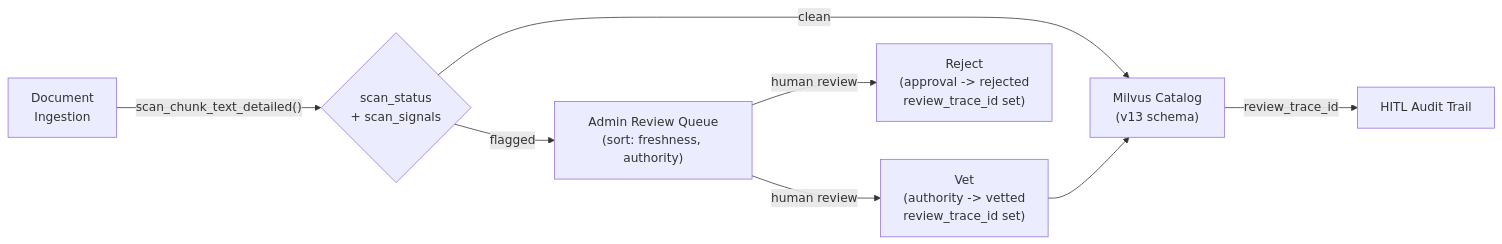
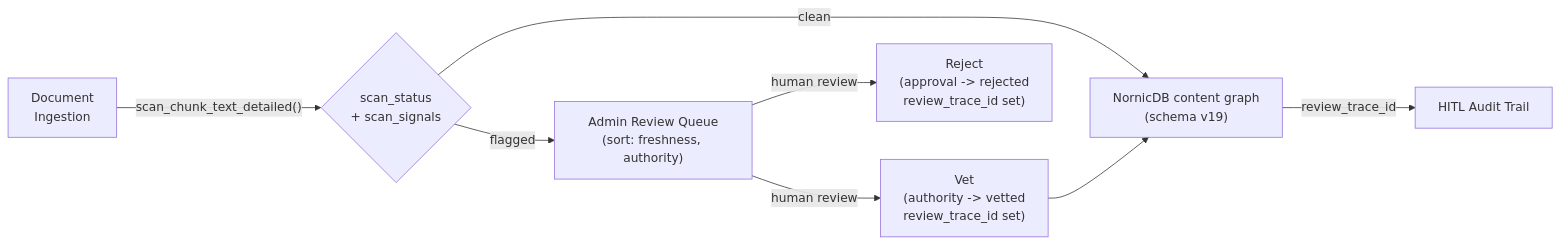
The second of 2 diagrams in docs/SECURITY.md (supernovae/synesis), drawn with Mermaid before and after one commit. The commit also changed other lines of this file and 78 other files, not shown here.

````diff
--- a/docs/SECURITY.md
+++ b/docs/SECURITY.md
@@ -223,10 +242,10 @@
 ```mermaid
 flowchart LR
     Ingest["Document\nIngestion"] -->|"scan_chunk_text_detailed()"| Status{"scan_status\n+ scan_signals"}
-    Status -->|clean| Catalog["Milvus Catalog\n(v13 schema)"]
+    Status -->|clean| Catalog["NornicDB content graph\n(schema v19)"]
     Status -->|flagged| Queue["Admin Review Queue\n(sort: freshness, authority)"]
     Queue -->|"human review"| Vet["Vet\n(authority -> vetted\nreview_trace_id set)"]
     Queue -->|"human review"| Reject["Reject\n(approval -> rejected\nreview_trace_id set)"]
     Vet --> Catalog
     Catalog -->|"review_trace_id"| Audit["HITL Audit Trail"]
 ```
````
